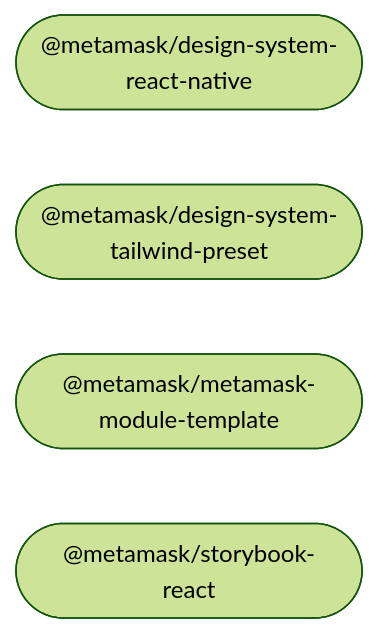
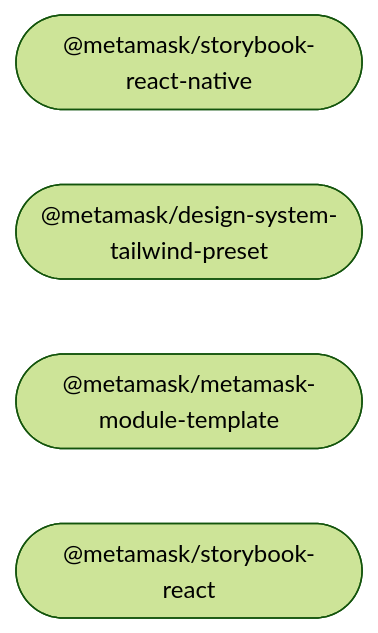
The diagram in README.md (MetaMask/metamask-design-system), drawn with Mermaid (forest theme) before and after one commit. The commit also changed other lines of this file and 81 other files, not shown here.

````diff
--- a/README.md
+++ b/README.md
@@ -22,9 +22,9 @@
 ```mermaid
 %%{ init: { 'flowchart': { 'curve': 'bumpX' } } }%%
 graph LR;
 linkStyle default opacity:0.5
-  design_system_react_native(["@metamask/design-system-react-native"]);
+  design_system_react_native(["@metamask/storybook-react-native"]);
   design_system_tailwind_preset(["@metamask/design-system-tailwind-preset"]);
   metamask_module_template(["@metamask/metamask-module-template"]);
   storybook_react(["@metamask/storybook-react"]);
 ```
````
